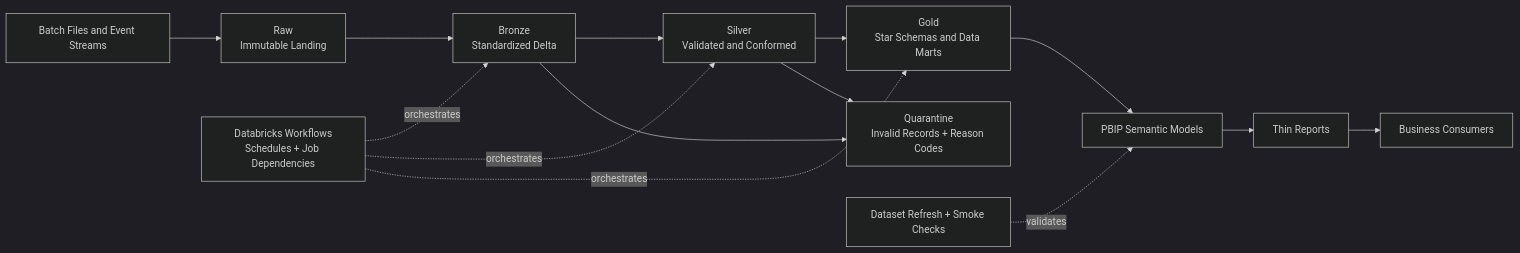
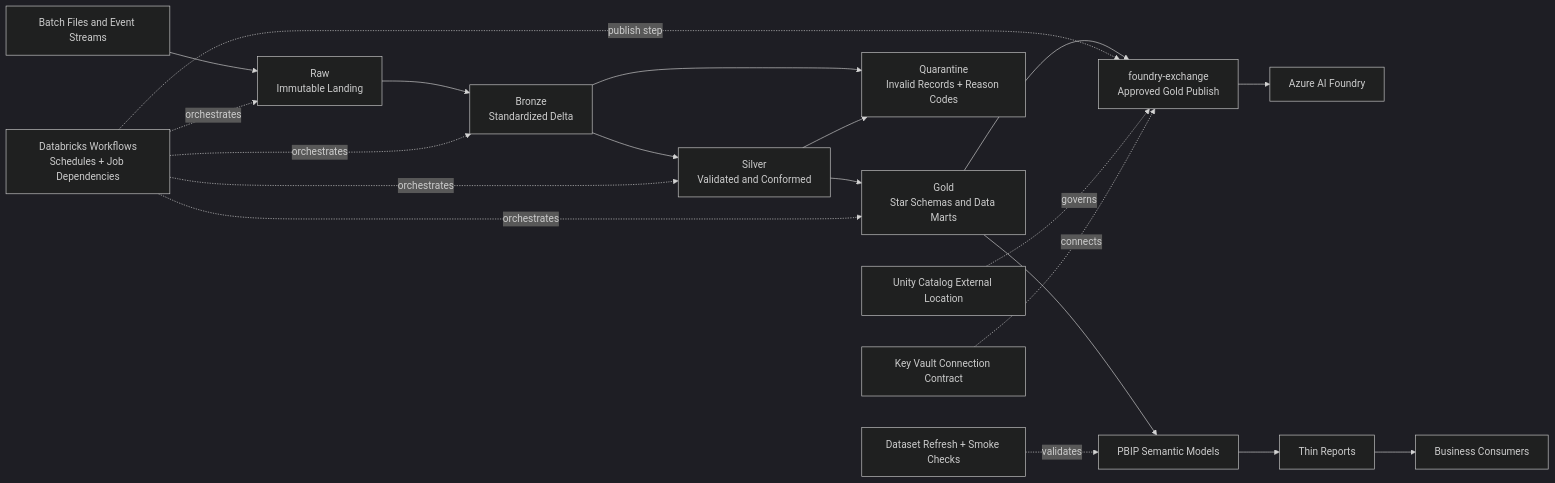
The second of 4 diagrams in dataplatform-beta/docs/architecture-flow-diagrams.md (espenhk/espenhk-hobby-projects), drawn with Mermaid (dark theme) before and after one commit. The commit also changed other lines of this file and 52 other files, not shown here.

````diff
--- a/dataplatform-beta/docs/architecture-flow-diagrams.md
+++ b/dataplatform-beta/docs/architecture-flow-diagrams.md
@@ -50,20 +54,27 @@
 ```mermaid
 flowchart LR
   SRC[Batch Files and Event Streams] --> RAW[Raw\nImmutable Landing]
   RAW --> BRONZE[Bronze\nStandardized Delta]
   BRONZE --> SILVER[Silver\nValidated and Conformed]
   SILVER --> GOLD[Gold\nStar Schemas and Data Marts]
+  GOLD --> FX[foundry-exchange\nApproved Gold Publish]
 
   BRONZE --> Q[Quarantine\nInvalid Records + Reason Codes]
   SILVER --> Q
 
-  ORCH[Databricks Workflows\nSchedules + Job Dependencies] -. orchestrates .-> BRONZE
+  ORCH[Databricks Workflows\nSchedules + Job Dependencies] -. orchestrates .-> RAW
+  ORCH -. orchestrates .-> BRONZE
   ORCH -. orchestrates .-> SILVER
   ORCH -. orchestrates .-> GOLD
+  ORCH -. publish step .-> FX
+
+  UC[Unity Catalog External Location] -. governs .-> FX
+  KV[Key Vault Connection Contract] -. connects .-> FX
+  FX --> FDRY[Azure AI Foundry]
 
   GOLD --> SM[PBIP Semantic Models]
   SM --> RPT[Thin Reports]
   RPT --> CON[Business Consumers]
 
   REF[Dataset Refresh + Smoke Checks] -. validates .-> SM
 ```
````
